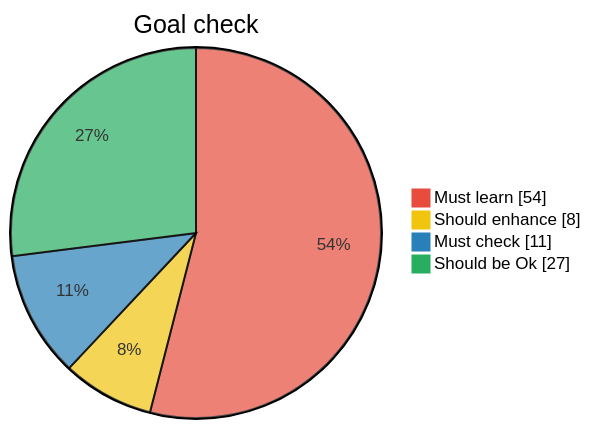
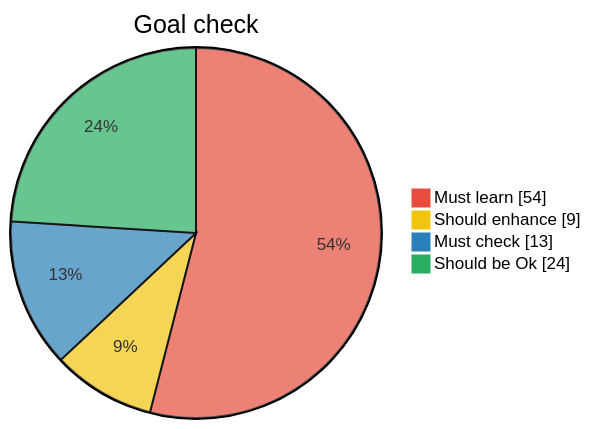
One commit to nadnone/nadnone changed the diagram in README.md. Above: the diagram before and after it, drawn with Mermaid. The commit also changed 1 other file, not shown here.

Commit message:
update stats

````diff
--- a/README.md
+++ b/README.md
@@ -7,25 +7,25 @@
 ```mermaid
 
 %%{
 init: 
     {
     "theme": "black",
     "themeVariables": 
         {   
             "pie1": "#e74c3c",
             "pie2": "#f1c40f",
             "pie3": "#2980b9",
             "pie4": "#27ae60"
         }
     }
 }%%
 
 pie showData
     title Goal check
     "Must learn": 54.0
-    "Should enhance": 8.0
-    "Must check": 11.0
-    "Should be Ok": 27.0
+    "Should enhance": 9.0
+    "Must check": 13.0
+    "Should be Ok": 24.0
 
 
 ```
````
